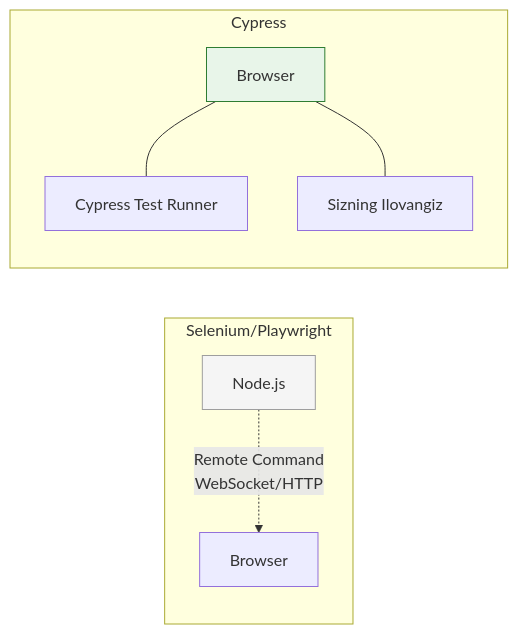
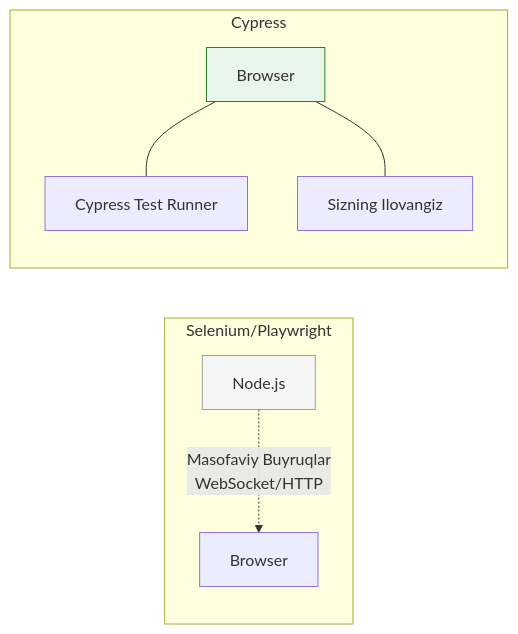
The diagram in docs/13-testing/05-cypress.md (nusretoglu/senior-frontend-roadmap), drawn with Mermaid before and after one commit. The commit also changed other lines of this file and 143 other files, not shown here.

````diff
--- a/docs/13-testing/05-cypress.md
+++ b/docs/13-testing/05-cypress.md
@@ -20,15 +16,15 @@
 ```mermaid
 graph LR
     subgraph Selenium/Playwright
-        N[Node.js] -.-> |Remote Command<br/>WebSocket/HTTP| B1[Browser]
+        N[Node.js] -.-> |Masofaviy Buyruqlar<br/>WebSocket/HTTP| B1[Browser]
     end
 
     subgraph Cypress
         B2[Browser]
         B2 --- C[Cypress Test Runner]
         B2 --- A[Sizning Ilovangiz]
     end
     
     style N fill:#f5f5f5,stroke:#9e9e9e
     style B2 fill:#e8f5e9,stroke:#2e7d32
 ```
````
